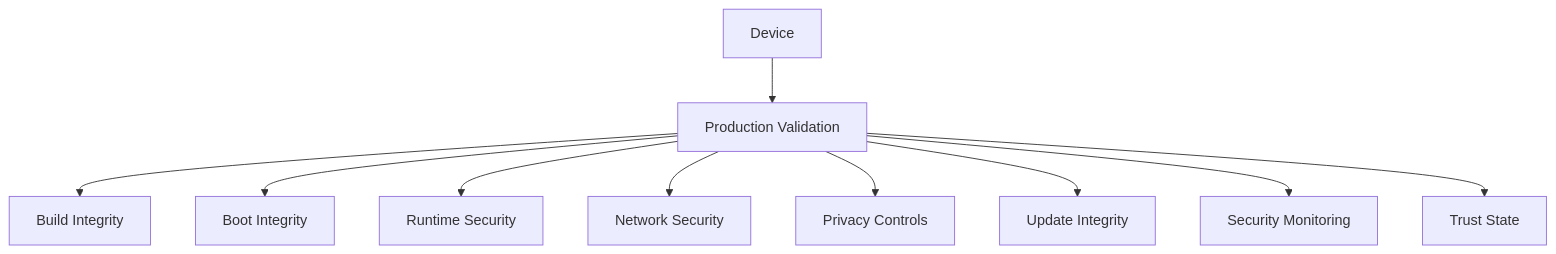
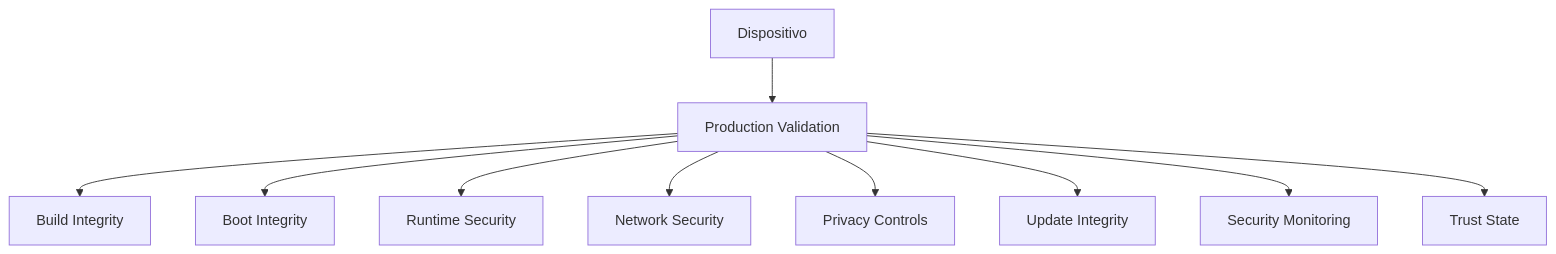
The diagram in es/os/production-gates.mdx (enigm-llc/docs), drawn with Mermaid before and after one commit. The commit also changed other lines of this file and 43 other files, not shown here.

````diff
--- a/es/os/production-gates.mdx
+++ b/es/os/production-gates.mdx
@@ -54,23 +54,23 @@
 ```mermaid
 flowchart TD
-  Device["Device"]
+  Device["Dispositivo"]
   Validation["Production Validation"]
   Build["Build Integrity"]
   Boot["Boot Integrity"]
   Runtime["Runtime Security"]
   Network["Network Security"]
   Privacy["Privacy Controls"]
   Update["Update Integrity"]
   Monitoring["Security Monitoring"]
   Trust["Trust State"]
 
   Device --> Validation
   Validation --> Build
   Validation --> Boot
   Validation --> Runtime
   Validation --> Network
   Validation --> Privacy
   Validation --> Update
   Validation --> Monitoring
   Validation --> Trust
 ```
````
